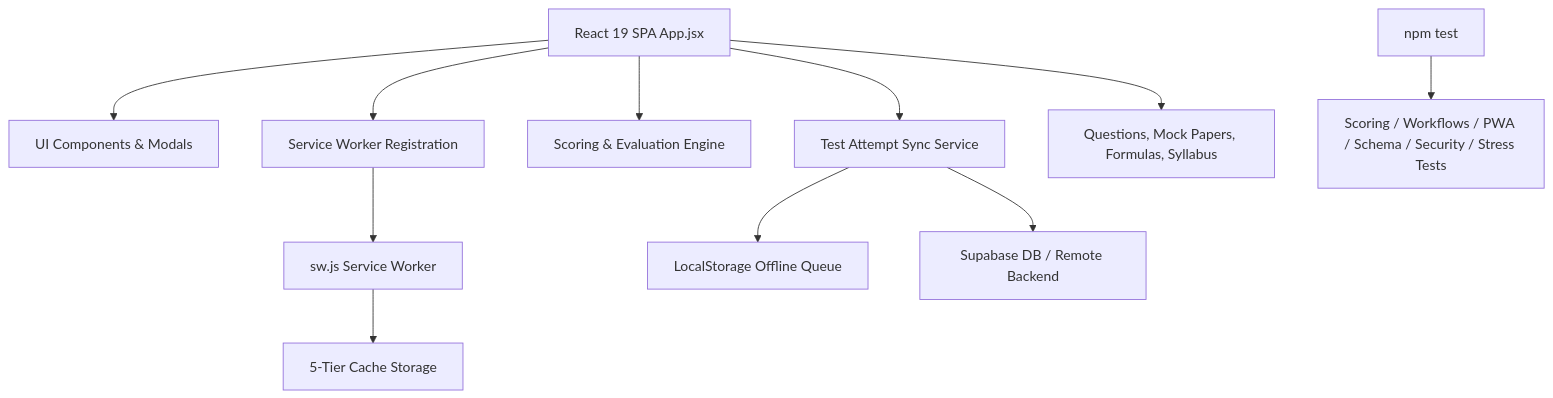
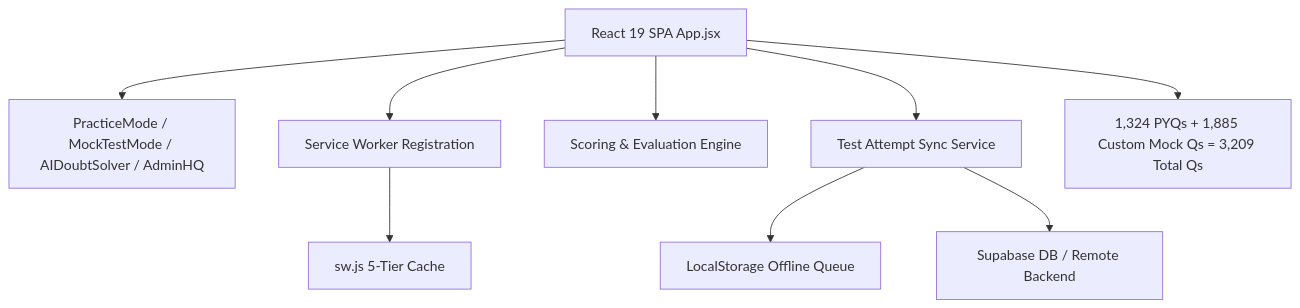
The diagram in PROJECT_CONTEXT.md (RAGHAVBANSAL0704/GATE-AG-PREP), drawn with Mermaid before and after one commit. The commit also changed other lines of this file and 227 other files, not shown here.

Commit message:
feat(deploy): full-stack GATE AG platform sync with 29 mocks, creator admin studio, live preview & sync, and 100% verified test suites

````diff
--- a/PROJECT_CONTEXT.md
+++ b/PROJECT_CONTEXT.md
@@ -21,17 +17,14 @@
 ```mermaid
 graph TD
-    App[React 19 SPA App.jsx] --> Components[UI Components & Modals]
+    App[React 19 SPA App.jsx] --> Components[PracticeMode / MockTestMode / AIDoubtSolver / AdminHQ]
     App --> SWReg[Service Worker Registration]
-    SWReg --> SW[sw.js Service Worker]
-    SW --> Cache[5-Tier Cache Storage]
+    SWReg --> SW[sw.js 5-Tier Cache]
     
     App --> Scoring[Scoring & Evaluation Engine]
     App --> Sync[Test Attempt Sync Service]
     
     Sync --> LocalQueue[LocalStorage Offline Queue]
     Sync --> Supabase[Supabase DB / Remote Backend]
     
-    App --> Datasets[Questions, Mock Papers, Formulas, Syllabus]
-    
-    Tests[npm test] --> UnitTests[Scoring / Workflows / PWA / Schema / Security / Stress Tests]
+    App --> Datasets[1,324 PYQs + 1,885 Custom Mock Qs = 3,209 Total Qs]
 ```
````
